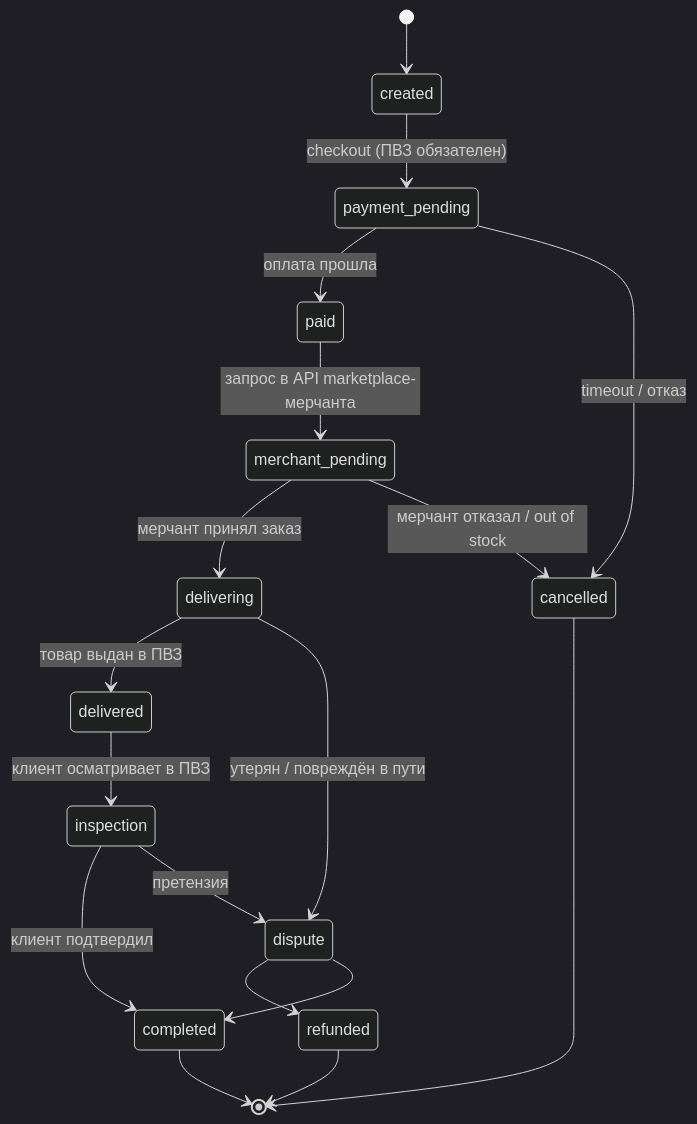
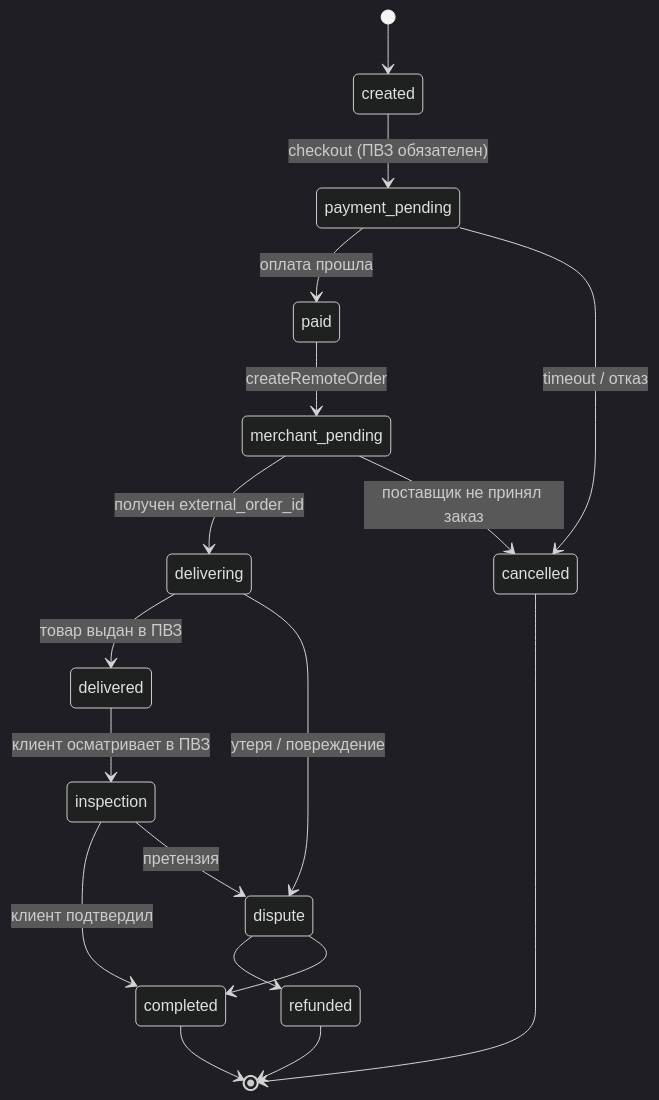
One commit to secure-deal/.github changed the fourth of 5 diagrams in plans/marketplace/marketplace-merchants-and-warehouse-network.md. Above: the diagram before and after it, drawn with Mermaid (dark theme). The commit also changed other lines of this file, not shown here.

Commit message:
fix: flow fix

````diff
--- a/plans/marketplace/marketplace-merchants-and-warehouse-network.md
+++ b/plans/marketplace/marketplace-merchants-and-warehouse-network.md
@@ -199,20 +166,20 @@
 ```mermaid
 stateDiagram-v2
   [*] --> created
   created --> payment_pending: checkout (ПВЗ обязателен)
   payment_pending --> paid: оплата прошла
   payment_pending --> cancelled: timeout / отказ
-  paid --> merchant_pending: запрос в API marketplace-мерчанта
-  merchant_pending --> delivering: мерчант принял заказ
-  merchant_pending --> cancelled: мерчант отказал / out of stock
+  paid --> merchant_pending: createRemoteOrder
+  merchant_pending --> delivering: получен external_order_id
+  merchant_pending --> cancelled: поставщик не принял заказ
   delivering --> delivered: товар выдан в ПВЗ
-  delivering --> dispute: утерян / повреждён в пути
+  delivering --> dispute: утеря / повреждение
   delivered --> inspection: клиент осматривает в ПВЗ
   inspection --> completed: клиент подтвердил
   inspection --> dispute: претензия
   dispute --> refunded
   dispute --> completed
   completed --> [*]
   refunded --> [*]
   cancelled --> [*]
 ```
````
